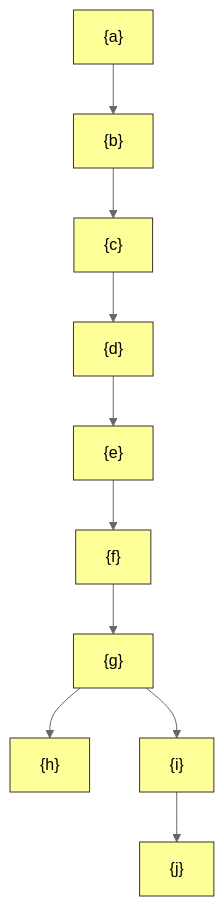
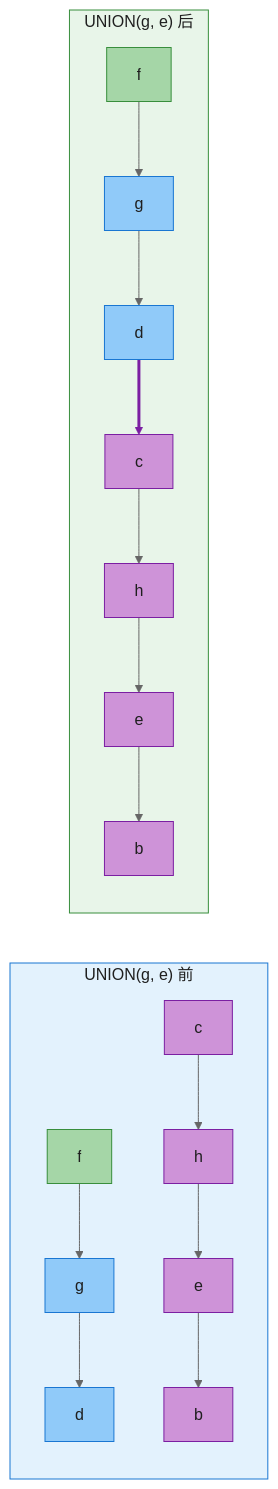
Before and after one commit to socoo123/book_reading: the fourth of 6 diagrams in IntroductionToAlgorithms/Chapter19_不相交集合_深度版.md, drawn with Mermaid (neutral theme). The commit also changed other lines of this file and 30 other files, not shown here.

````diff
--- a/IntroductionToAlgorithms/Chapter19_不相交集合_深度版.md
+++ b/IntroductionToAlgorithms/Chapter19_不相交集合_深度版.md
@@ -408,17 +139,20 @@
 ```mermaid
-graph TD
-    a1["{a}"] --> b1["{b}"] --> c1["{c}"] --> d1["{d}"]
-    d1 --> e1["{e}"] --> f1["{f}"] --> g1["{g}"] --> h1["{h}"]
-    g1 --> i1["{i}"] --> j1["{j}"]
+graph LR
+    subgraph BEFORE["UNION(g, e) 前"]
+        a1["f"] --> a2["g"] --> a3["d"]
+        b1["c"] --> b2["h"] --> b3["e"] --> b4["b"]
+    end
+    subgraph AFTER["UNION(g, e) 后"]
+        c1["f"] --> c2["g"] --> c3["d"] --> c4["c"] --> c5["h"] --> c6["e"] --> c7["b"]
+    end
 
-    style a1 fill:#ff9,stroke:#333
-    style b1 fill:#ff9,stroke:#333
-    style c1 fill:#ff9,stroke:#333
-    style d1 fill:#ff9,stroke:#333
-    style e1 fill:#ff9,stroke:#333
-    style f1 fill:#ff9,stroke:#333
-    style g1 fill:#ff9,stroke:#333
-    style h1 fill:#ff9,stroke:#333
-    style i1 fill:#ff9,stroke:#333
-    style j1 fill:#ff9,stroke:#333
+    classDef rep fill:#A5D6A7,stroke:#388E3C,color:#1f1f1f
+    classDef touched fill:#CE93D8,stroke:#7B1FA2,color:#1f1f1f
+    classDef normal fill:#90CAF9,stroke:#1976D2,color:#1f1f1f
+    class a1,c1 rep
+    class b1,b2,b3,b4,c4,c5,c6,c7 touched
+    class a2,a3,c2,c3 normal
+    style BEFORE fill:#E3F2FD,stroke:#1976D2,color:#1f1f1f
+    style AFTER fill:#E8F5E9,stroke:#388E3C,color:#1f1f1f
+    linkStyle 7 stroke:#7B1FA2,stroke-width:3px
 ```
````
